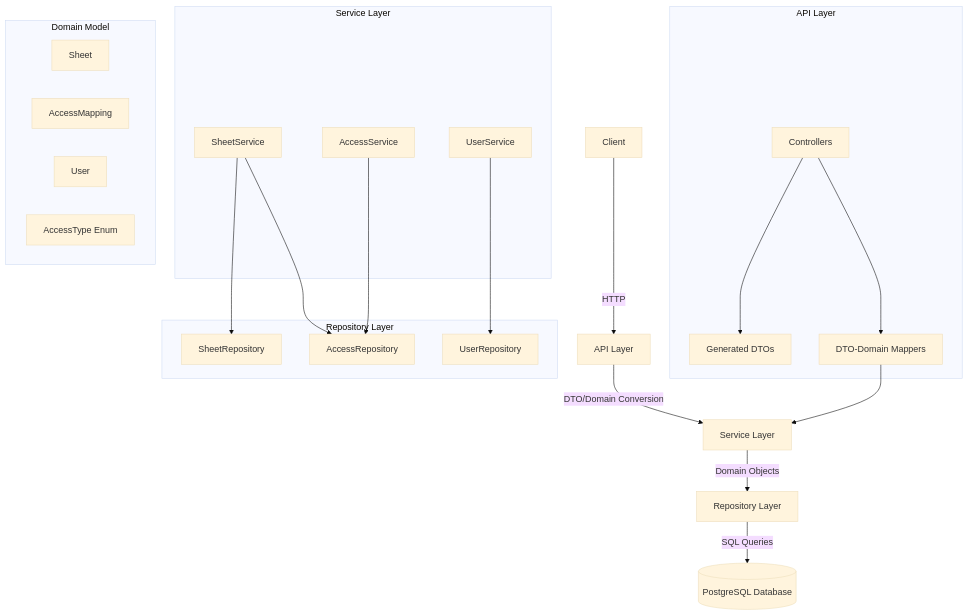
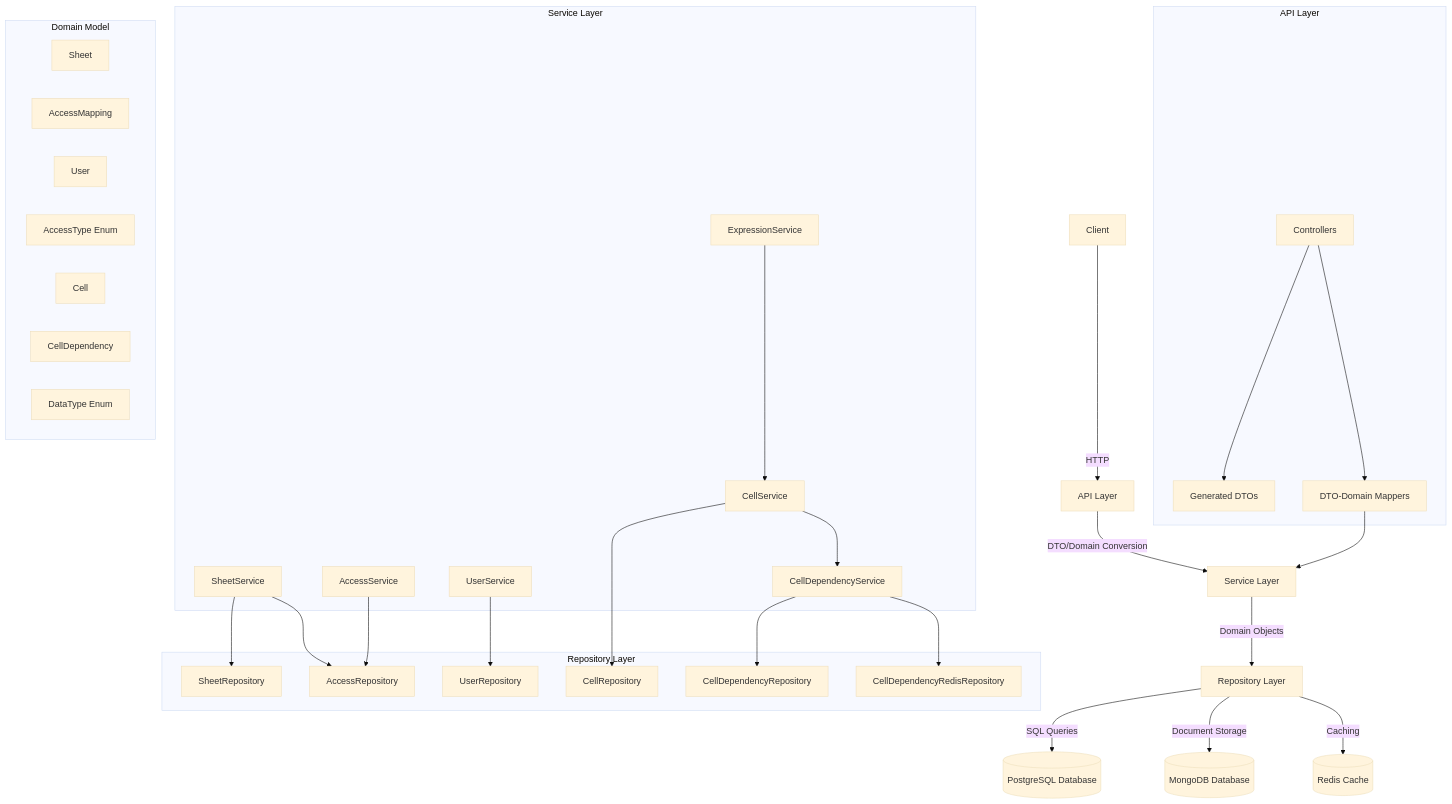
The first of 8 diagrams in memory-bank/systemPatterns.md (rajat9garg/sheets), drawn with Mermaid (base theme) before and after one commit. The commit also changed other lines of this file and 13 other files, not shown here.

````diff
--- a/memory-bank/systemPatterns.md
+++ b/memory-bank/systemPatterns.md
@@ -23,40 +24,56 @@
 ```mermaid
 graph TD
     Client[Client] --> |HTTP| API[API Layer]
     API --> |DTO/Domain Conversion| Service[Service Layer]
     Service --> |Domain Objects| Repository[Repository Layer]
-    Repository --> |SQL Queries| Database[(PostgreSQL Database)]
+    Repository --> |SQL Queries| PostgreSQL[(PostgreSQL Database)]
+    Repository --> |Document Storage| MongoDB[(MongoDB Database)]
+    Repository --> |Caching| Redis[(Redis Cache)]
     
     subgraph "API Layer"
         Controller[Controllers]
         DTOs[Generated DTOs]
         Mappers[DTO-Domain Mappers]
     end
     
     subgraph "Service Layer"
         SheetService[SheetService]
         AccessService[AccessService]
         UserService[UserService]
+        CellService[CellService]
+        CellDependencyService[CellDependencyService]
+        ExpressionService[ExpressionService]
     end
     
     subgraph "Repository Layer"
         SheetRepo[SheetRepository]
         AccessRepo[AccessRepository]
         UserRepo[UserRepository]
+        CellRepo[CellRepository]
+        CellDependencyRepo[CellDependencyRepository]
+        CellDependencyRedisRepo[CellDependencyRedisRepository]
     end
     
     subgraph "Domain Model"
         Sheet[Sheet]
         AccessMapping[AccessMapping]
         User[User]
         AccessType[AccessType Enum]
+        Cell[Cell]
+        CellDependency[CellDependency]
+        DataType[DataType Enum]
     end
     
     Controller --> DTOs
     Controller --> Mappers
     Mappers --> Service
     SheetService --> SheetRepo
     SheetService --> AccessRepo
     AccessService --> AccessRepo
     UserService --> UserRepo
+    CellService --> CellRepo
+    CellService --> CellDependencyService
+    CellDependencyService --> CellDependencyRepo
+    CellDependencyService --> CellDependencyRedisRepo
+    ExpressionService --> CellService
 ```
````
